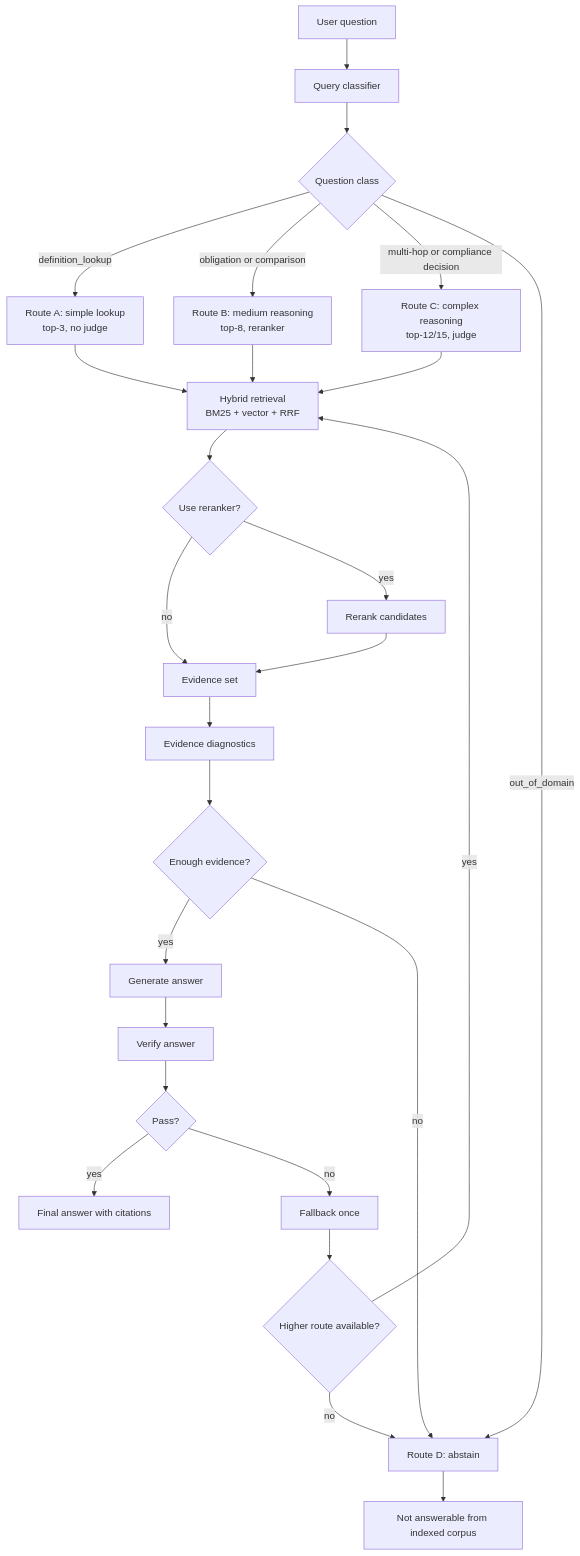
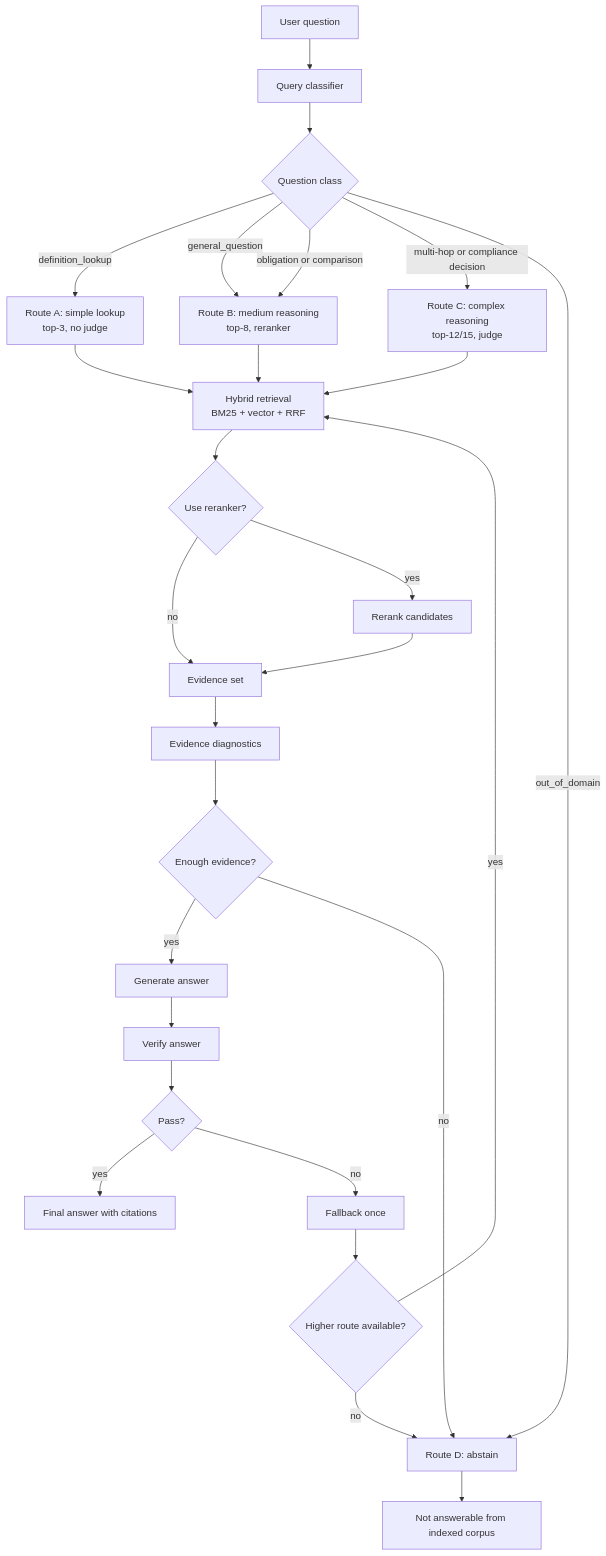
Before and after one commit to RegNLP/FinRegLive: the third of 8 diagrams in ARCHITECTURE.md, drawn with Mermaid. The commit also changed 3 other files, not shown here.

````diff
--- a/ARCHITECTURE.md
+++ b/ARCHITECTURE.md
@@ -60,34 +60,35 @@
 ```mermaid
 flowchart TD
     question[User question] --> classify[Query classifier]
     classify --> qtype{Question class}
 
     qtype -->|definition_lookup| simple[Route A: simple lookup<br/>top-3, no judge]
+    qtype -->|general_question| medium
     qtype -->|obligation or comparison| medium[Route B: medium reasoning<br/>top-8, reranker]
     qtype -->|multi-hop or compliance decision| complex[Route C: complex reasoning<br/>top-12/15, judge]
     qtype -->|out_of_domain| abstain[Route D: abstain]
 
     simple --> retrieve[Hybrid retrieval<br/>BM25 + vector + RRF]
     medium --> retrieve
     complex --> retrieve
 
     retrieve --> maybe_rerank{Use reranker?}
     maybe_rerank -->|no| evidence[Evidence set]
     maybe_rerank -->|yes| rerank[Rerank candidates]
     rerank --> evidence
 
     evidence --> diagnostics[Evidence diagnostics]
     diagnostics --> route_check{Enough evidence?}
     route_check -->|yes| generate[Generate answer]
     route_check -->|no| abstain
 
     generate --> verify[Verify answer]
     verify --> verified{Pass?}
     verified -->|yes| final[Final answer with citations]
     verified -->|no| fallback[Fallback once]
     fallback --> fallback_route{Higher route available?}
     fallback_route -->|yes| retrieve
     fallback_route -->|no| abstain
 
     abstain --> final_abstain[Not answerable from indexed corpus]
 ```
````
